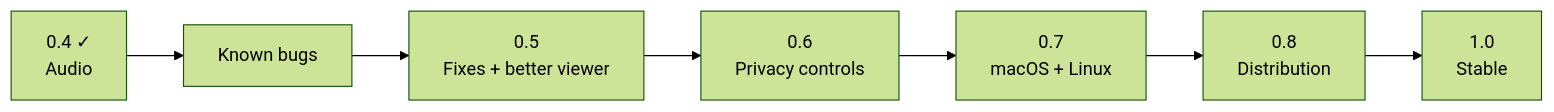
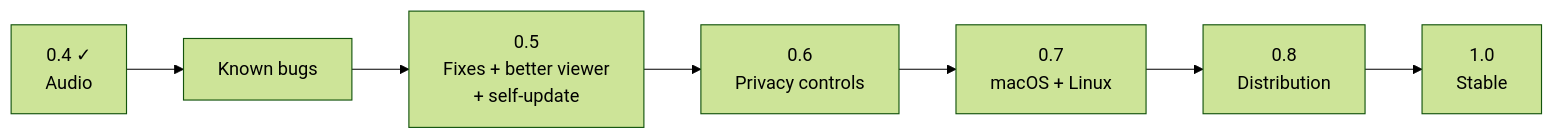
Before and after one commit to gventino/peeroxide: the diagram in docs/roadmap.md, drawn with Mermaid (forest theme). The commit also changed other lines of this file and 3 other files, not shown here.

````diff
--- a/docs/roadmap.md
+++ b/docs/roadmap.md
@@ -5,9 +5,9 @@
 ```mermaid
 flowchart LR
     V04["0.4 ✓<br/>Audio"] --> B["Known bugs"]
-    B --> V05["0.5<br/>Fixes + better viewer"]
+    B --> V05["0.5<br/>Fixes + better viewer<br/>+ self-update"]
     V05 --> V06["0.6<br/>Privacy controls"]
     V06 --> V07["0.7<br/>macOS + Linux"]
     V07 --> V08["0.8<br/>Distribution"]
     V08 --> V10["1.0<br/>Stable"]
 ```
````
